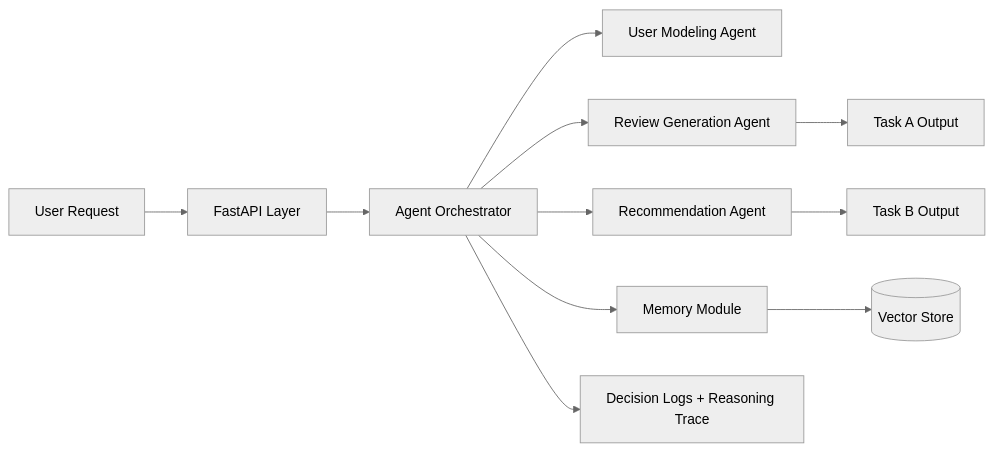
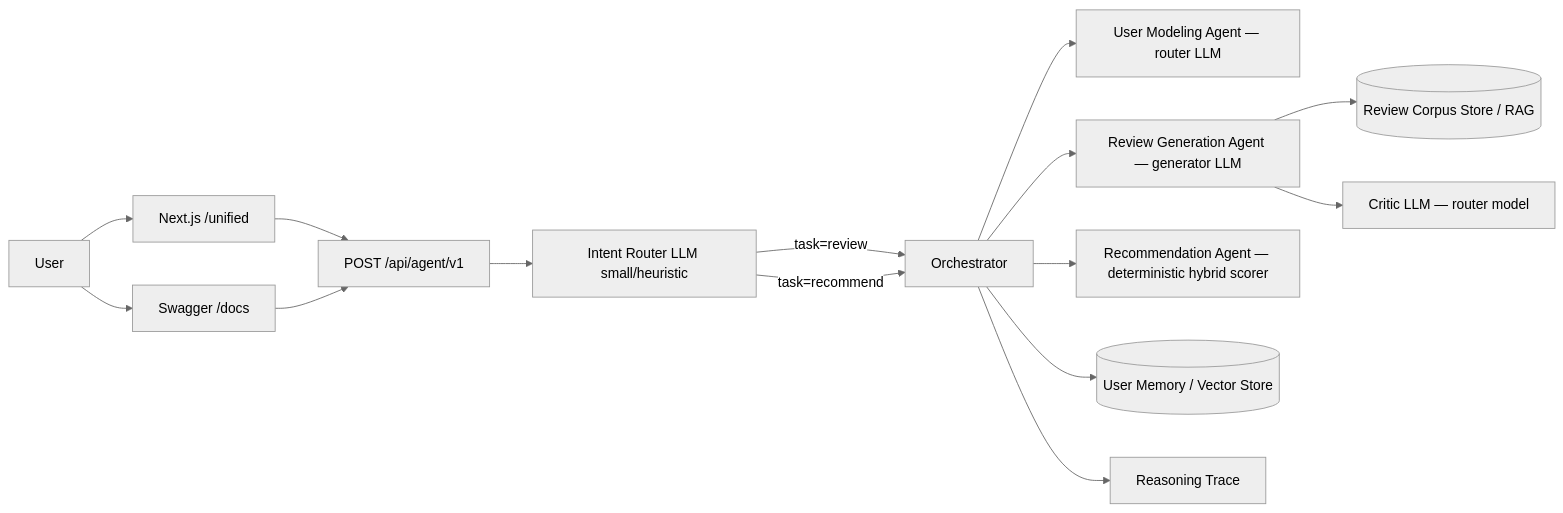
Before and after one commit to taotechs/NaijaSense-AI: the diagram in README.md, drawn with Mermaid (neutral theme). The commit also changed other lines of this file, not shown here.

Commit message:
docs: rewrite README to reflect router/generator split, critique loop, and real benchmarks

````diff
--- a/README.md
+++ b/README.md
@@ -18,13 +24,17 @@
 ```mermaid
 flowchart LR
-    U[User Request] --> API[FastAPI Layer]
-    API --> O[Agent Orchestrator]
-    O --> UM[User Modeling Agent]
-    O --> RG[Review Generation Agent]
-    O --> RE[Recommendation Agent]
-    O --> M[Memory Module]
-    M --> VS[(Vector Store)]
-    O --> L[Decision Logs + Reasoning Trace]
-    RG --> OUTA[Task A Output]
-    RE --> OUTB[Task B Output]
+    U[User] --> FE[Next.js /unified]
+    U --> SW[Swagger /docs]
+    FE --> AGW[POST /api/agent/v1]
+    SW --> AGW
+    AGW --> IR[Intent Router LLM small/heuristic]
+    IR -->|task=review| O[Orchestrator]
+    IR -->|task=recommend| O
+    O --> UMA[User Modeling Agent — router LLM]
+    O --> RGA[Review Generation Agent — generator LLM]
+    O --> RA[Recommendation Agent — deterministic hybrid scorer]
+    RGA --> RAG[(Review Corpus Store / RAG)]
+    RGA --> CRI[Critic LLM — router model]
+    O --> MEM[(User Memory / Vector Store)]
+    O --> TRC[Reasoning Trace]
 ```
````
